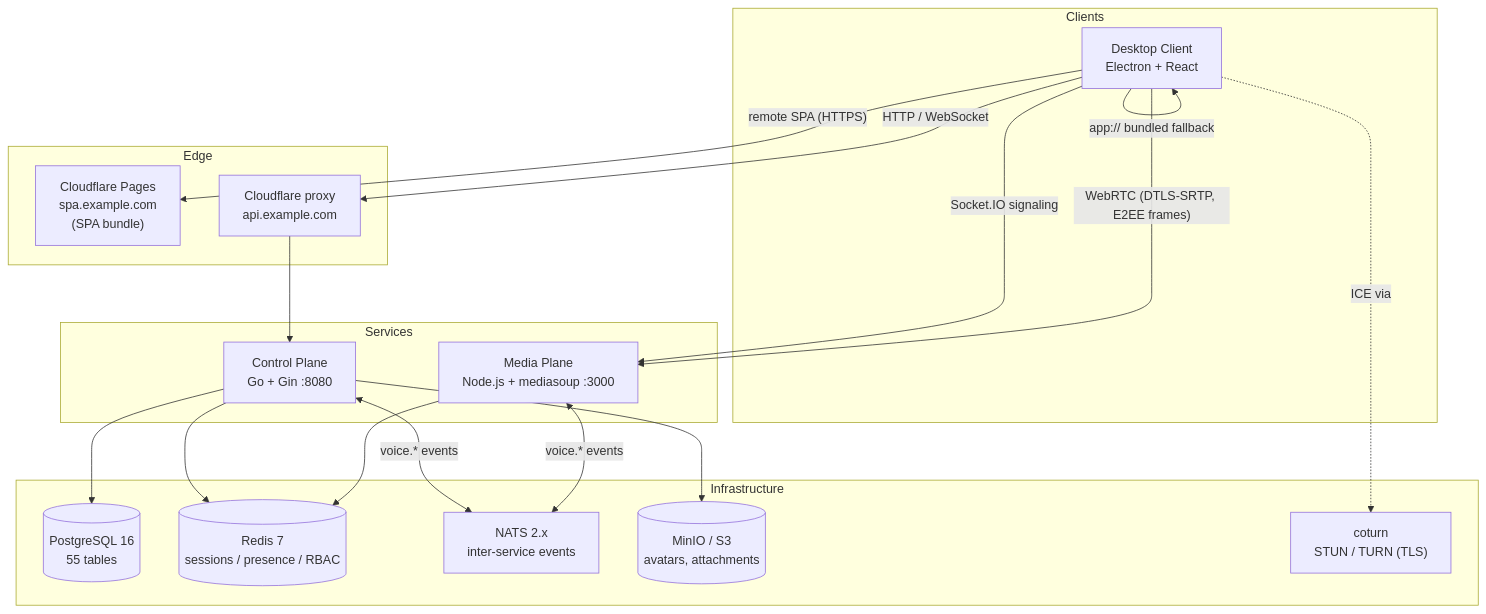
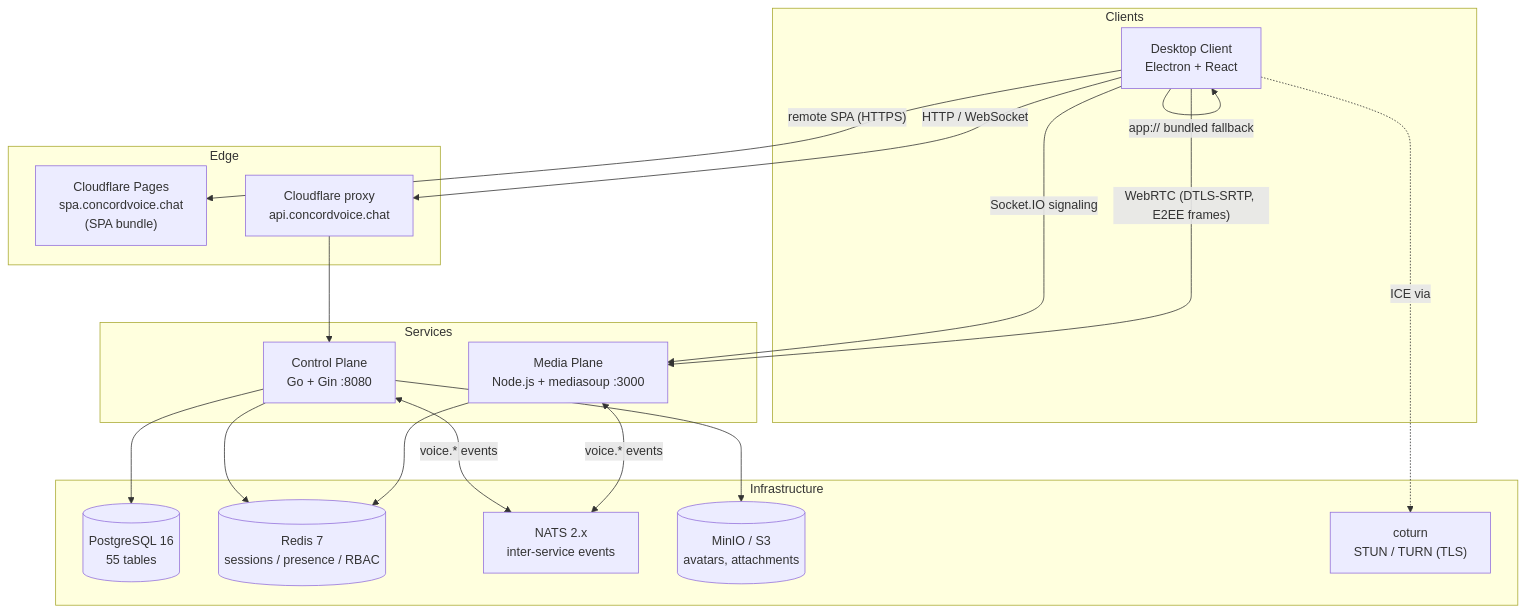
One commit to Concord-Voice/Concord-Voice changed the first of 10 diagrams in docs/architecture.md. Above: the diagram before and after it, drawn with Mermaid. The commit also changed other lines of this file and 156 other files, not shown here.

````diff
--- a/docs/architecture.md
+++ b/docs/architecture.md
@@ -100,38 +100,38 @@
 ```mermaid
 flowchart TB
     subgraph Clients
         Desktop["Desktop Client<br/>Electron + React"]
     end
 
     subgraph Edge
-        CFP["Cloudflare Pages<br/>spa.example.com<br/>(SPA bundle)"]
-        CF["Cloudflare proxy<br/>api.example.com"]
+        CFP["Cloudflare Pages<br/>spa.concordvoice.chat<br/>(SPA bundle)"]
+        CF["Cloudflare proxy<br/>api.concordvoice.chat"]
     end
 
     subgraph Services
         CP["Control Plane<br/>Go + Gin :8080"]
         MP["Media Plane<br/>Node.js + mediasoup :3000"]
     end
 
     subgraph Infrastructure
         PG[("PostgreSQL 16<br/>55 tables")]
         RD[("Redis 7<br/>sessions / presence / RBAC")]
         NATS["NATS 2.x<br/>inter-service events"]
         OBJ[("MinIO / S3<br/>avatars, attachments")]
         TURN["coturn<br/>STUN / TURN (TLS)"]
     end
 
     Desktop -- "remote SPA (HTTPS)" --> CFP
     Desktop -- "app:// bundled fallback" --> Desktop
     Desktop -- "HTTP / WebSocket" --> CF --> CP
     Desktop -- "Socket.IO signaling" --> MP
     Desktop -- "WebRTC (DTLS-SRTP, E2EE frames)" --> MP
     Desktop -. "ICE via" .-> TURN
 
     CP --> PG
     CP --> RD
     CP --> OBJ
     CP <-- "voice.* events" --> NATS
     MP <-- "voice.* events" --> NATS
     MP --> RD
 ```
````
